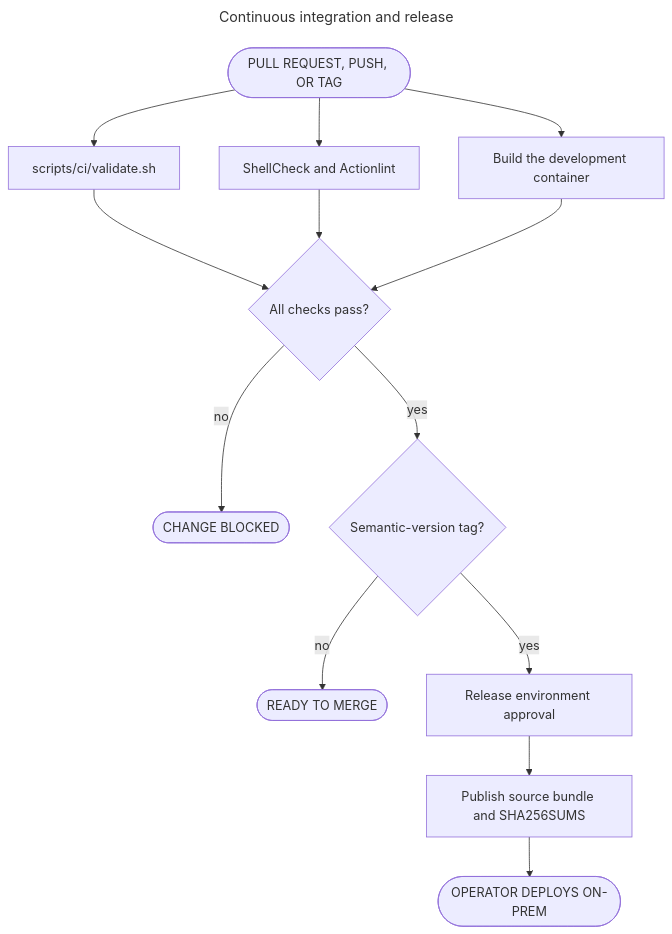
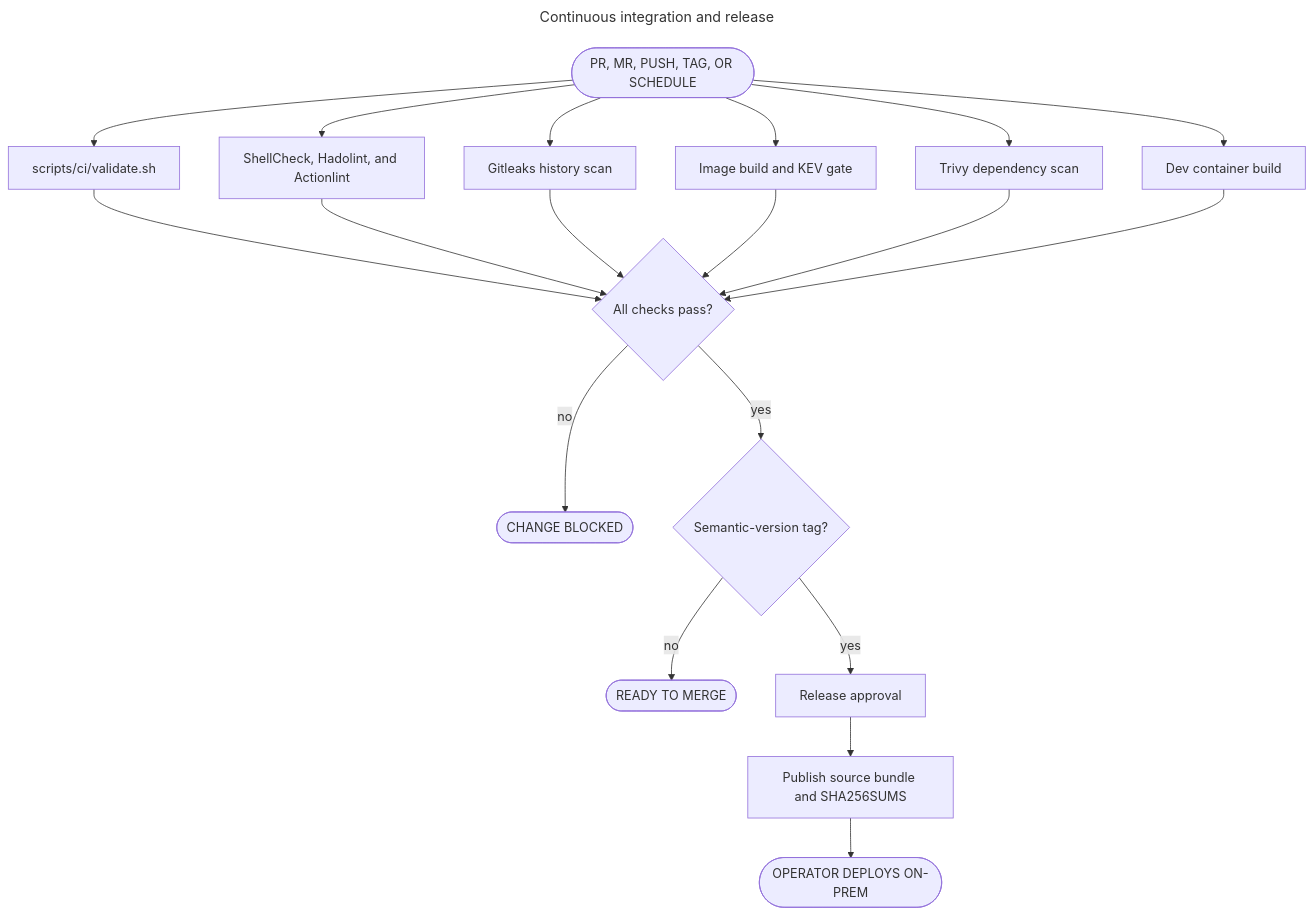
One commit to bella-1337/effective-spoon changed the diagram in diagrams/20-ci-release-flow.mmd. Above: the diagram before and after it, drawn with Mermaid. The commit also changed 29 other files, not shown here.

```diff
--- a/diagrams/20-ci-release-flow.mmd
+++ b/diagrams/20-ci-release-flow.mmd
@@ -1,32 +1,41 @@
 ---
 title: Continuous integration and release
 ---
 flowchart TD
   %% Source for 20-ci-release-flow.html. Edit this file, then run ./scripts/render-diagrams.py.
   %% Directives: docs in diagrams/README.md (Updating diagrams).
-  %% @subtitle What runs on pull requests and tags, and where a human still deploys
+  %% @subtitle Identical GitHub Actions and GitLab CI pipelines, and where a human still deploys
 
-  S(["PULL REQUEST, PUSH, OR TAG"])
+  S(["PR, MR, PUSH, TAG, OR SCHEDULE"])
   VAL["scripts/ci/validate.sh"]
-  SC["ShellCheck and Actionlint"]
-  DC["Build the development container"]
+  LINT["ShellCheck, Hadolint, and Actionlint"]
+  SEC["Gitleaks history scan"]
+  IMG["Image build and KEV gate"]
+  DEP["Trivy dependency scan"]
+  DC["Dev container build"]
   PASS{"All checks pass?"}
   RED(["CHANGE BLOCKED"])
   TAG{"Semantic-version tag?"}
   MERGE(["READY TO MERGE"])
-  APR["Release environment approval"]
+  APR["Release approval"]
   PUB["Publish source bundle and SHA256SUMS"]
   E(["OPERATOR DEPLOYS ON-PREM"])
 
   S --> VAL
-  S --> SC
+  S --> LINT
+  S --> SEC
+  S --> IMG
+  S --> DEP
   S --> DC
   VAL --> PASS
-  SC --> PASS
+  LINT --> PASS
+  SEC --> PASS
+  IMG --> PASS
+  DEP --> PASS
   DC --> PASS
   PASS -->|"no"| RED
   PASS -->|"yes"| TAG
   TAG -->|"no"| MERGE
   TAG -->|"yes"| APR
   APR --> PUB
   PUB --> E
```
